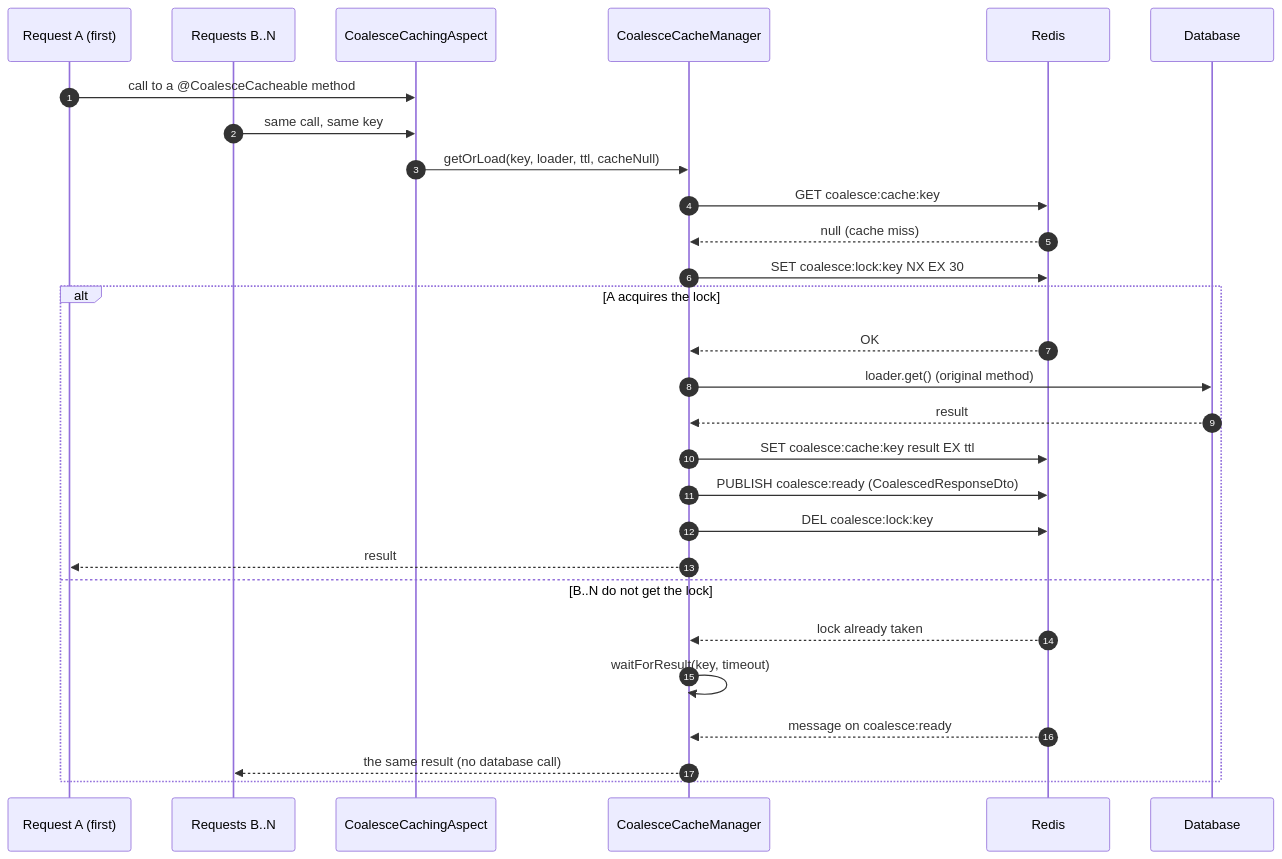
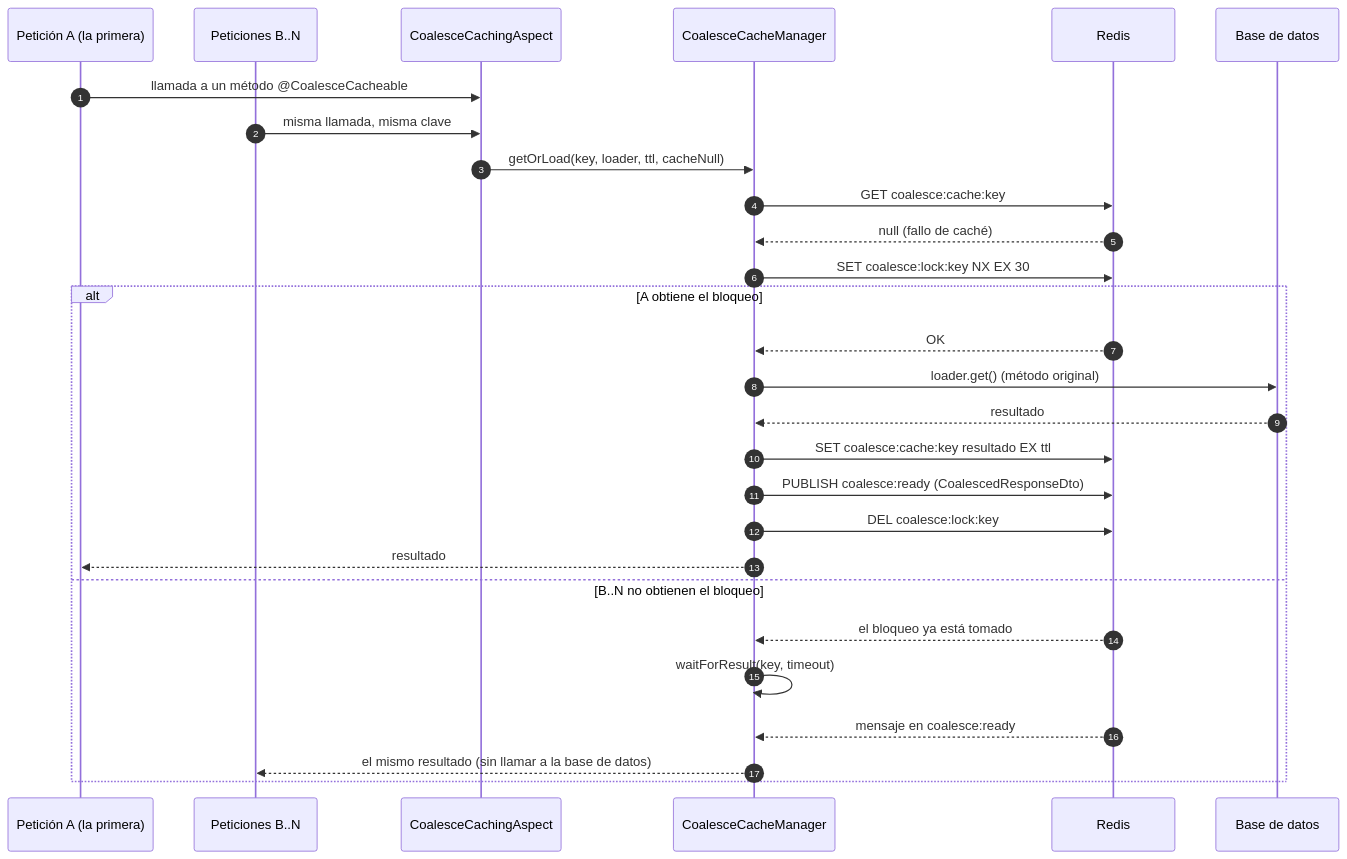
The seventh of 9 diagrams in sbj-util-redis-lib/README.md (programming0026/sbj-util-redis-annotation), drawn with Mermaid before and after one commit. The commit also changed other lines of this file and 64 other files, not shown here.

````diff
--- a/sbj-util-redis-lib/README.md
+++ b/sbj-util-redis-lib/README.md
@@ -1203,31 +1203,31 @@
 ```mermaid
 sequenceDiagram
     autonumber
-    participant A as Request A (first)
-    participant B as Requests B..N
+    participant A as Petición A (la primera)
+    participant B as Peticiones B..N
     participant Asp as CoalesceCachingAspect
     participant Mgr as CoalesceCacheManager
     participant Red as Redis
-    participant Db as Database
+    participant Db as Base de datos
 
-    A->>Asp: call to a @CoalesceCacheable method
-    B->>Asp: same call, same key
+    A->>Asp: llamada a un método @CoalesceCacheable
+    B->>Asp: misma llamada, misma clave
     Asp->>Mgr: getOrLoad(key, loader, ttl, cacheNull)
     Mgr->>Red: GET coalesce:cache:key
-    Red-->>Mgr: null (cache miss)
+    Red-->>Mgr: null (fallo de caché)
     Mgr->>Red: SET coalesce:lock:key NX EX 30
-    alt A acquires the lock
+    alt A obtiene el bloqueo
         Red-->>Mgr: OK
-        Mgr->>Db: loader.get() (original method)
-        Db-->>Mgr: result
-        Mgr->>Red: SET coalesce:cache:key result EX ttl
+        Mgr->>Db: loader.get() (método original)
+        Db-->>Mgr: resultado
+        Mgr->>Red: SET coalesce:cache:key resultado EX ttl
         Mgr->>Red: PUBLISH coalesce:ready (CoalescedResponseDto)
         Mgr->>Red: DEL coalesce:lock:key
-        Mgr-->>A: result
-    else B..N do not get the lock
-        Red-->>Mgr: lock already taken
+        Mgr-->>A: resultado
+    else B..N no obtienen el bloqueo
+        Red-->>Mgr: el bloqueo ya está tomado
         Mgr->>Mgr: waitForResult(key, timeout)
-        Red-->>Mgr: message on coalesce:ready
-        Mgr-->>B: the same result (no database call)
+        Red-->>Mgr: mensaje en coalesce:ready
+        Mgr-->>B: el mismo resultado (sin llamar a la base de datos)
     end
 ```
````
